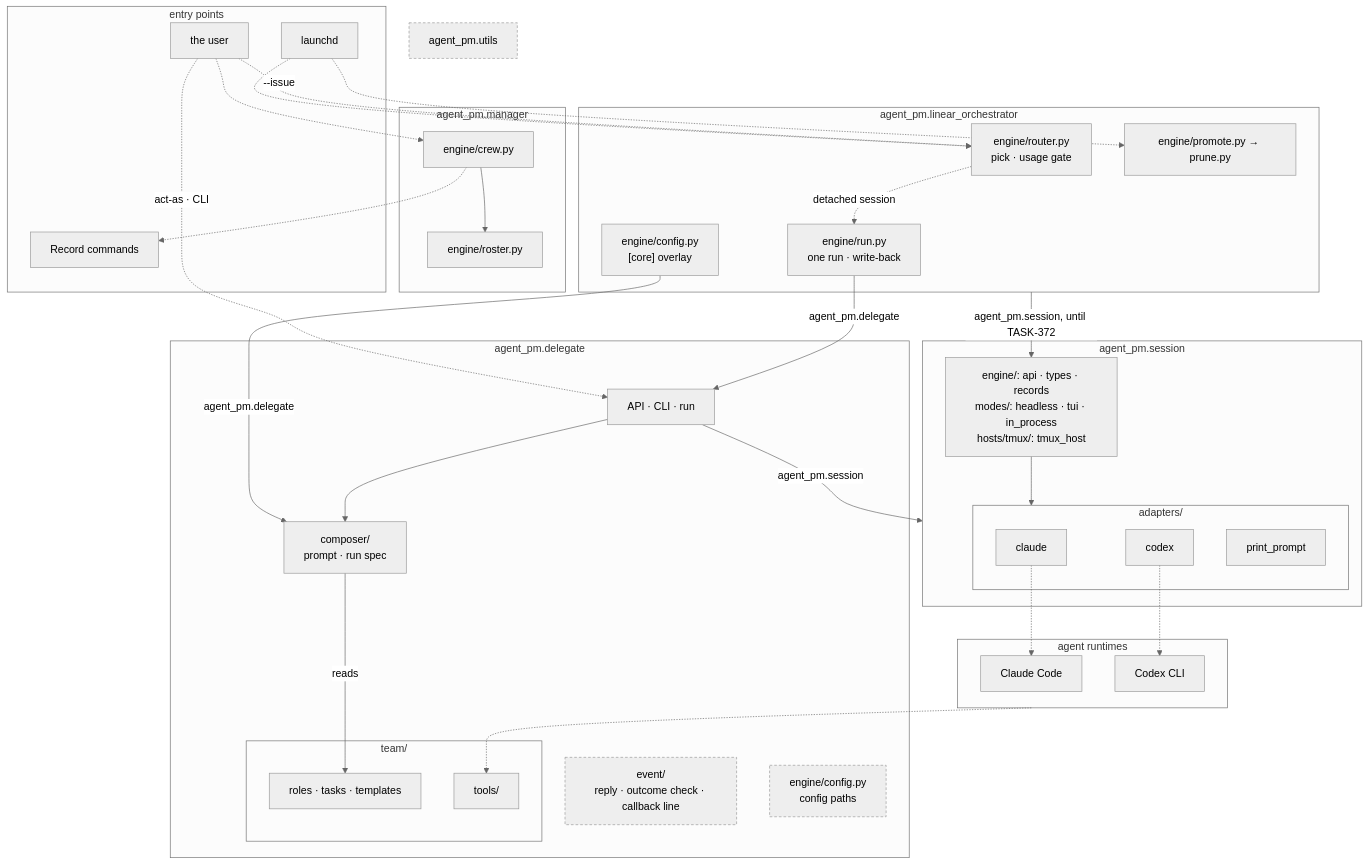
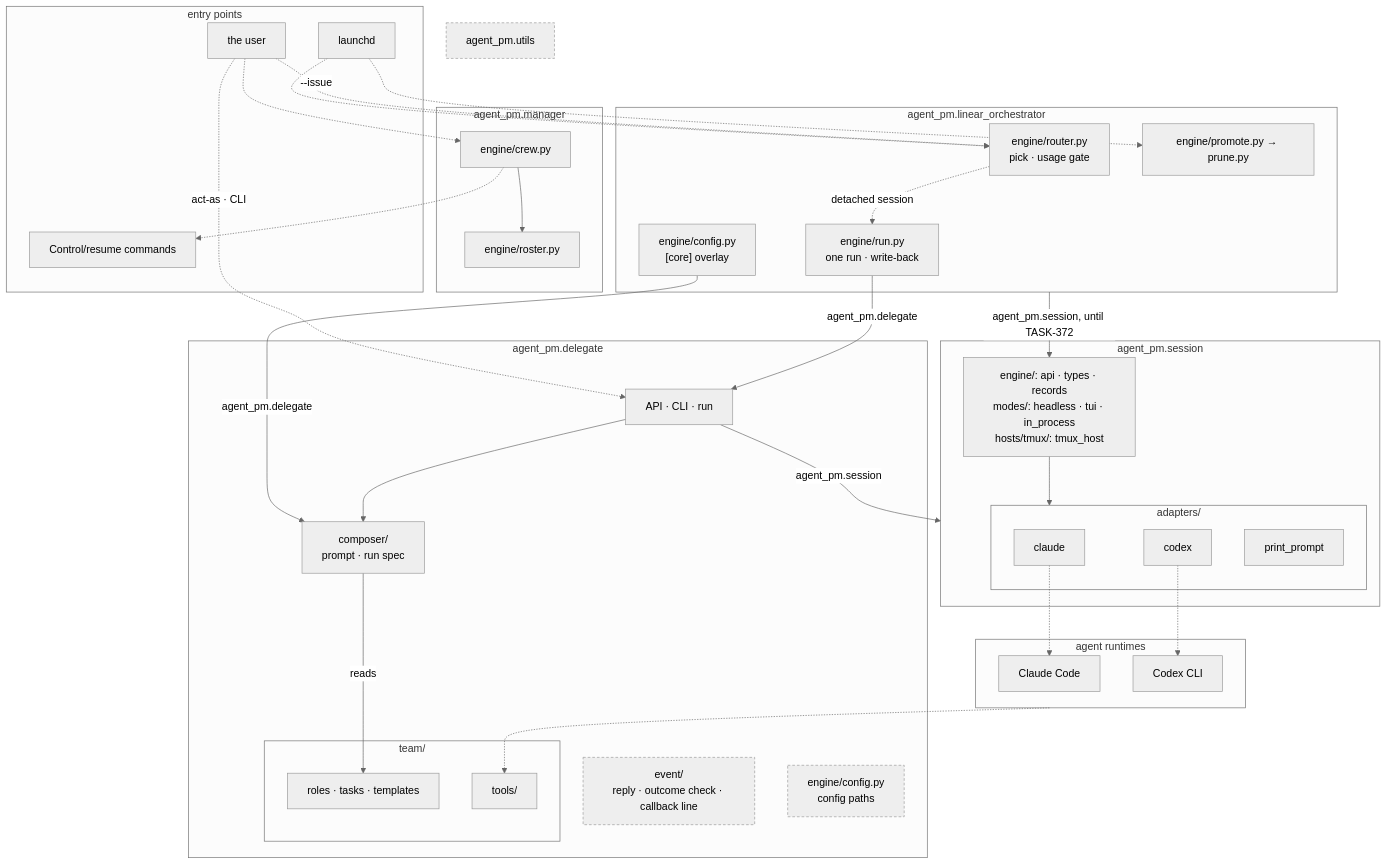
The second of 4 diagrams in README.md (ophis/agent-pm), drawn with Mermaid (neutral theme) before and after one commit. The commit also changed other lines of this file and 2 other files, not shown here.

````diff
--- a/README.md
+++ b/README.md
@@ -18,58 +18,58 @@
 ```mermaid
 flowchart TB
   subgraph EN[entry points]
     LD[launchd]
     HU[the user]
-    CC[Record commands]
+    CC[Control/resume commands]
   end
   subgraph MG[agent_pm.manager]
     W["engine/crew.py"] --> RS["engine/roster.py"]
   end
   subgraph LO[agent_pm.linear_orchestrator]
     R["engine/router.py<br>pick · usage gate"]
     RU["engine/run.py<br>one run · write-back"]
     PP["engine/promote.py → prune.py"]
     LC["engine/config.py<br>[core] overlay"]
   end
   subgraph DL[agent_pm.delegate]
     D["API · CLI · run"]
     C["composer/<br>prompt · run spec"]
     EV["event/<br>reply · outcome check · callback line"]
     CF["engine/config.py<br>config paths"]
     subgraph TM[team/]
       T["roles · tasks · templates"]
       AT[tools/]
     end
   end
   subgraph SE[agent_pm.session]
     DR["engine/: api · types · records<br>modes/: headless · tui · in_process<br>hosts/tmux/: tmux_host"]
     subgraph AD[adapters/]
       CL[claude]
       CX[codex]
       PR[print_prompt]
     end
   end
   U[agent_pm.utils]
   subgraph RT[agent runtimes]
     P1[Claude Code]
     P2[Codex CLI]
   end
   LD -.-> R & PP
   HU -.->|"--issue"| R
   HU -.->|"act-as · CLI"| D
   HU -.-> W
   R -.->|detached session| RU
   RU -->|agent_pm.delegate| D
   LC -->|agent_pm.delegate| C
   LO -->|"agent_pm.session, until TASK-372"| DR
   W -.-> CC
   D --> C
   D -->|agent_pm.session| SE
   C -->|reads| T
   DR --> AD
   CL -.-> P1
   CX -.-> P2
   RT -.-> AT
   classDef shared stroke-dasharray: 4 3
   class EV,U,CF shared
 ```
````
